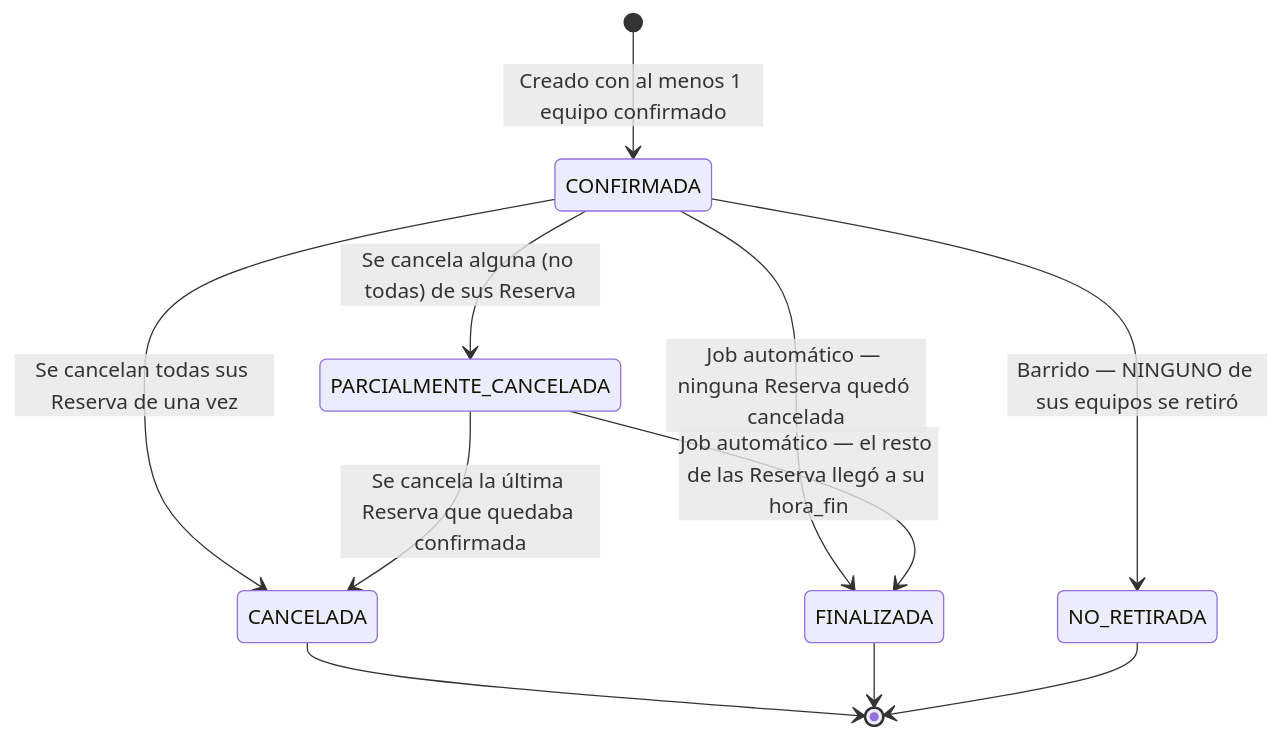
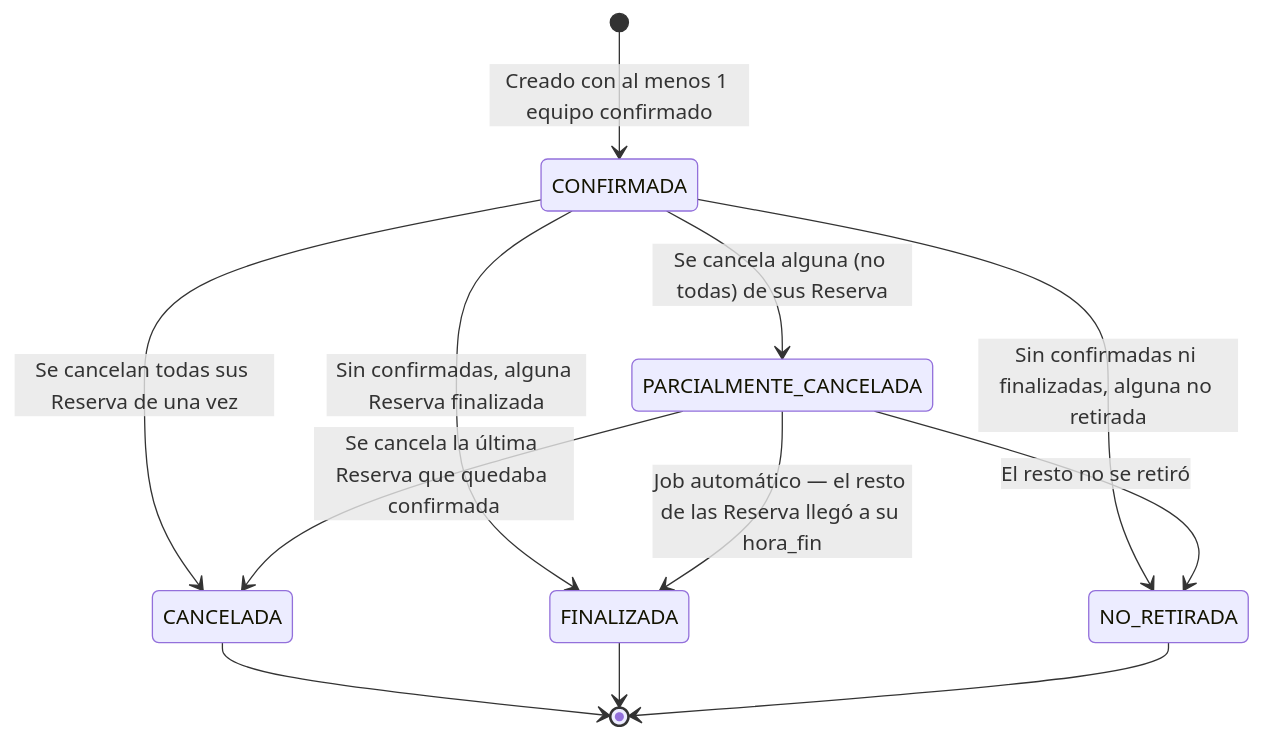
Before and after one commit to agustin-y2k/sgrc: the third of 5 diagrams in docs/05-diagramas-estado.md, drawn with Mermaid. The commit also changed other lines of this file and 14 other files, not shown here.

````diff
--- a/docs/05-diagramas-estado.md
+++ b/docs/05-diagramas-estado.md
@@ -54,13 +54,14 @@
 ```mermaid
 stateDiagram-v2
     [*] --> CONFIRMADA: Creado con al menos 1 equipo confirmado
     CONFIRMADA --> PARCIALMENTE_CANCELADA: Se cancela alguna (no todas) de sus Reserva
     CONFIRMADA --> CANCELADA: Se cancelan todas sus Reserva de una vez
     PARCIALMENTE_CANCELADA --> CANCELADA: Se cancela la última Reserva que quedaba confirmada
-    CONFIRMADA --> FINALIZADA: Job automático — ninguna Reserva quedó cancelada
+    CONFIRMADA --> FINALIZADA: Sin confirmadas, alguna Reserva finalizada
     PARCIALMENTE_CANCELADA --> FINALIZADA: Job automático — el resto de las Reserva llegó a su hora_fin
-    CONFIRMADA --> NO_RETIRADA: Barrido — NINGUNO de sus equipos se retiró
+    CONFIRMADA --> NO_RETIRADA: Sin confirmadas ni finalizadas, alguna no retirada
+    PARCIALMENTE_CANCELADA --> NO_RETIRADA: El resto no se retiró
     CANCELADA --> [*]
     FINALIZADA --> [*]
     NO_RETIRADA --> [*]
 ```
````
